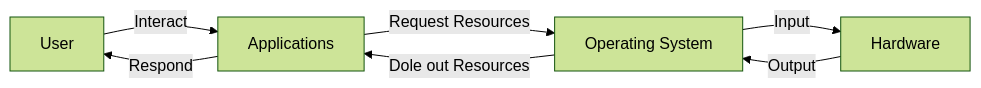
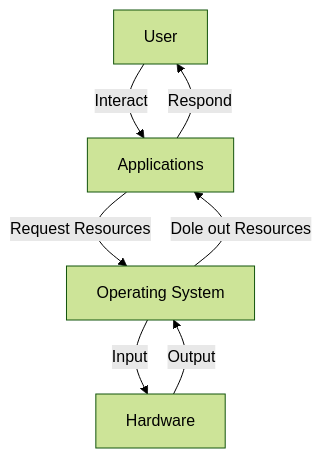
The first of 4 diagrams in master-notes/NOTE/docs/6@computer/3@operating-system.md (SiegeSailor/vault-personal), drawn with Mermaid (forest theme) before and after one commit. The commit also changed other lines of this file and 7 other files, not shown here.

Commit message:
Modify all state diagram Add operation-system content

````diff
--- a/master-notes/NOTE/docs/6@computer/3@operating-system.md
+++ b/master-notes/NOTE/docs/6@computer/3@operating-system.md
@@ -9,9 +9,9 @@
 ```mermaid
-flowchart LR
+flowchart TB
 A[User] --> |Interact| B[Applications];
 B --> |Respond| A;
 B --> |Request Resources| C[Operating System];
 C --> |Dole out Resources| B;
 C --> |Input| D[Hardware];
 D --> |Output| C;
 ```
````
